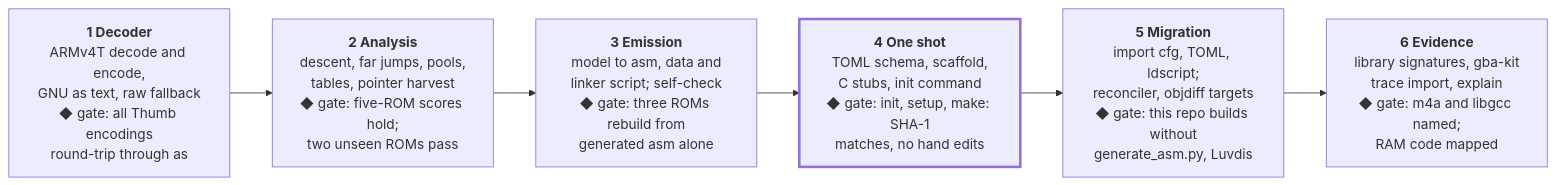
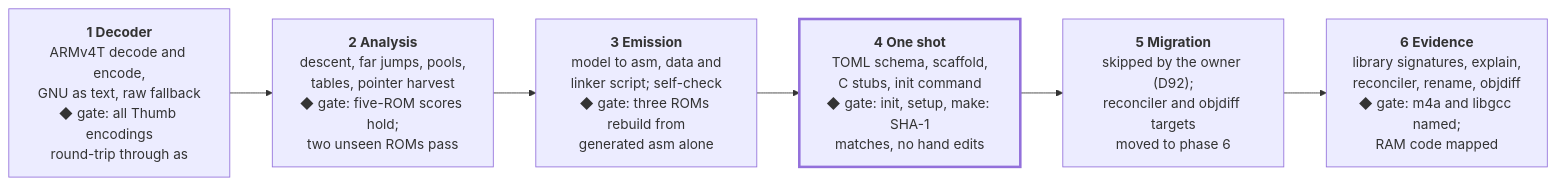
The third of 3 diagrams in docs/plan.md (macabeus/romlift), drawn with Mermaid before and after one commit. The commit also changed other lines of this file and 7 other files, not shown here.

First line of the commit message:
Record the owner's phase-6 decisions and rewrite the phase-6 plan (D91 to D93)

````diff
--- a/docs/plan.md
+++ b/docs/plan.md
@@ -470,11 +474,11 @@
 ```mermaid
 flowchart LR
   p1["<b>1 Decoder</b><br/>ARMv4T decode and encode,<br/>GNU as text, raw fallback<br/>◆ gate: all Thumb encodings<br/>round-trip through as"]
   p2["<b>2 Analysis</b><br/>descent, far jumps, pools,<br/>tables, pointer harvest<br/>◆ gate: five-ROM scores hold;<br/>two unseen ROMs pass"]
   p3["<b>3 Emission</b><br/>model to asm, data and<br/>linker script; self-check<br/>◆ gate: three ROMs rebuild from<br/>generated asm alone"]
   p4["<b>4 One shot</b><br/>TOML schema, scaffold,<br/>C stubs, init command<br/>◆ gate: init, setup, make: SHA-1<br/>matches, no hand edits"]
-  p5["<b>5 Migration</b><br/>import cfg, TOML, ldscript;<br/>reconciler, objdiff targets<br/>◆ gate: this repo builds without<br/>generate_asm.py, Luvdis"]
-  p6["<b>6 Evidence</b><br/>library signatures, gba-kit<br/>trace import, explain<br/>◆ gate: m4a and libgcc named;<br/>RAM code mapped"]
+  p5["<b>5 Migration</b><br/>skipped by the owner (D92);<br/>reconciler and objdiff targets<br/>moved to phase 6"]
+  p6["<b>6 Evidence</b><br/>library signatures, explain,<br/>reconciler, rename, objdiff<br/>◆ gate: m4a and libgcc named;<br/>RAM code mapped"]
   p1 --> p2 --> p3 --> p4 --> p5 --> p6
   style p4 stroke-width:3px
 ```
````
